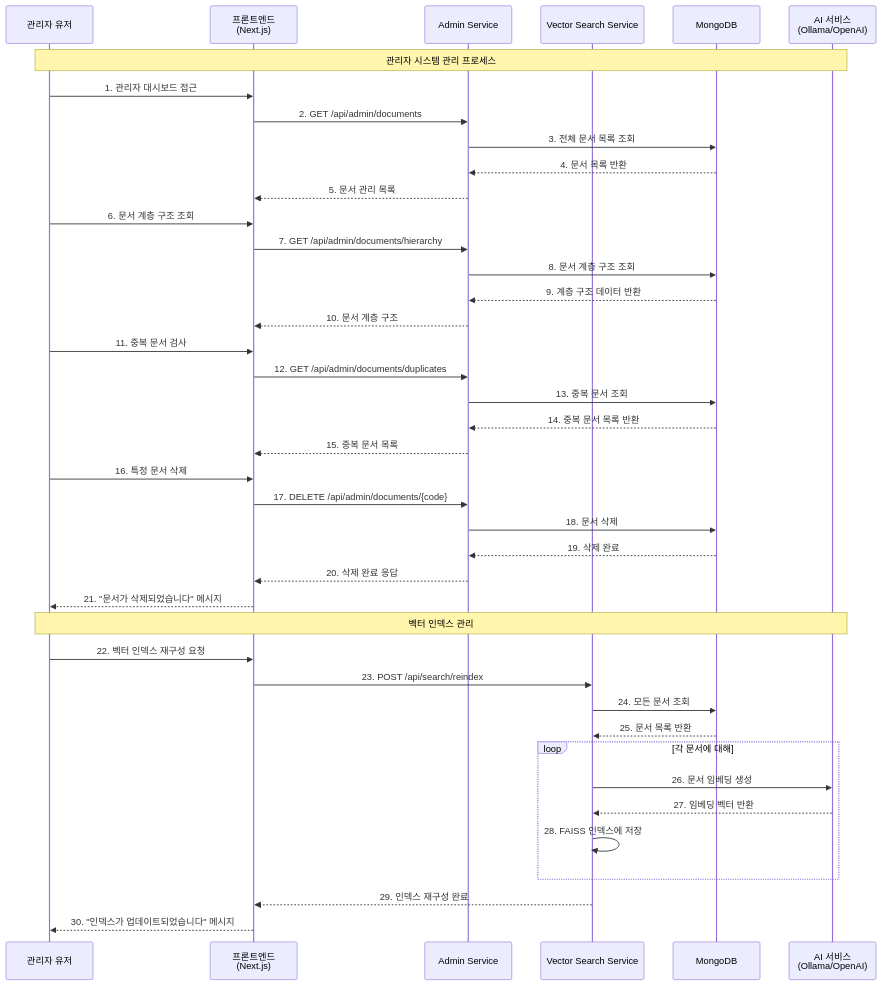
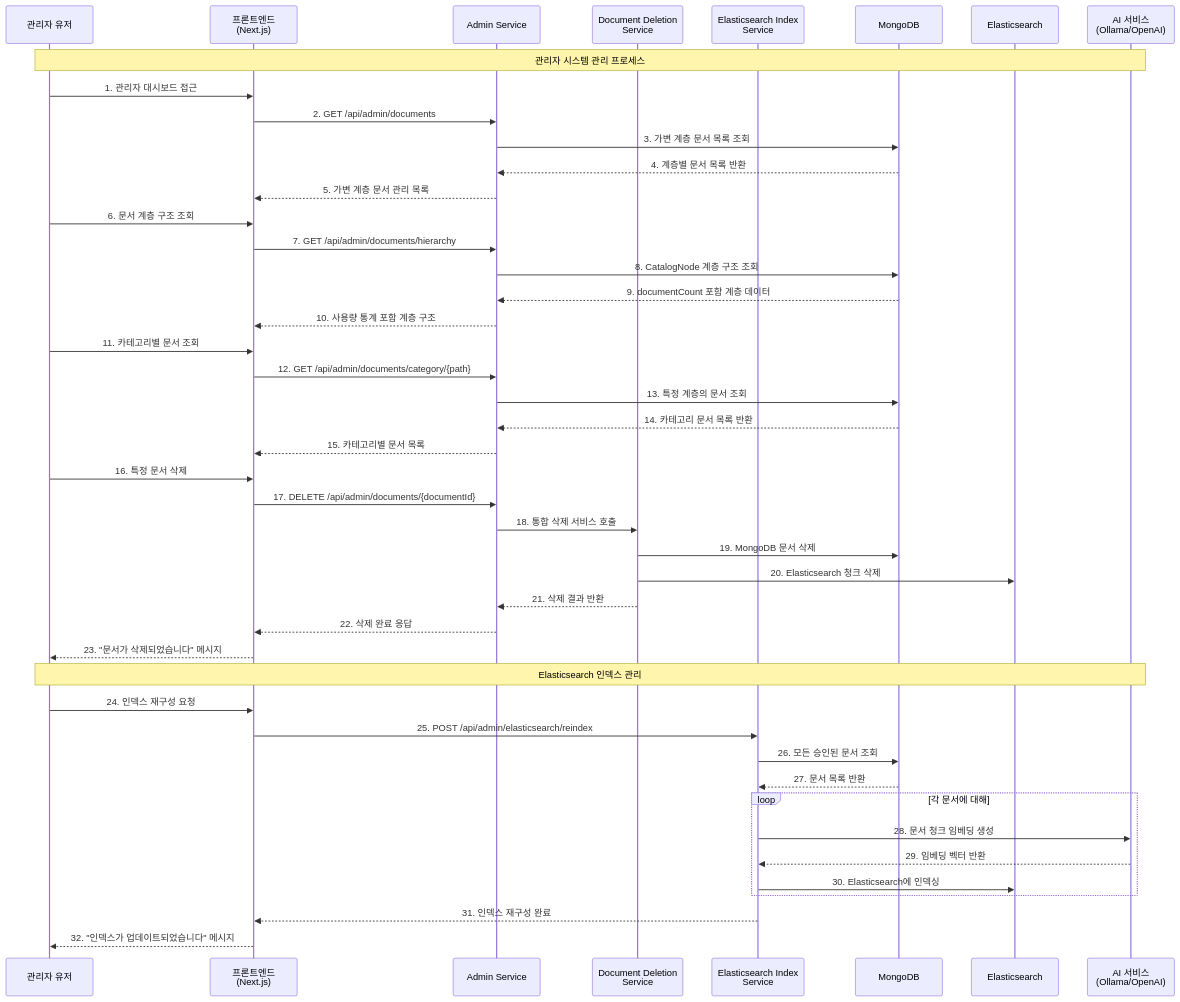
Before and after one commit to hadonas/kt-vibe-mdm: the second of 2 diagrams in diagrams/rag-search-sequence.md, drawn with Mermaid. The commit also changed other lines of this file and 7 other files, not shown here.

````diff
--- a/diagrams/rag-search-sequence.md
+++ b/diagrams/rag-search-sequence.md
@@ -63,52 +62,56 @@
 ```mermaid
 sequenceDiagram
     participant A as 관리자 유저
     participant F as 프론트엔드<br/>(Next.js)
     participant AS as Admin Service
-    participant VSS as Vector Search Service
+    participant DDS as Document Deletion<br/>Service
+    participant EIS as Elasticsearch Index<br/>Service
     participant M as MongoDB
+    participant E as Elasticsearch
     participant AI as AI 서비스<br/>(Ollama/OpenAI)
 
     Note over A,AI: 관리자 시스템 관리 프로세스
 
     A->>F: 1. 관리자 대시보드 접근
     F->>AS: 2. GET /api/admin/documents
-    AS->>M: 3. 전체 문서 목록 조회
-    M-->>AS: 4. 문서 목록 반환
-    AS-->>F: 5. 문서 관리 목록
+    AS->>M: 3. 가변 계층 문서 목록 조회
+    M-->>AS: 4. 계층별 문서 목록 반환
+    AS-->>F: 5. 가변 계층 문서 관리 목록
 
     A->>F: 6. 문서 계층 구조 조회
     F->>AS: 7. GET /api/admin/documents/hierarchy
-    AS->>M: 8. 문서 계층 구조 조회
-    M-->>AS: 9. 계층 구조 데이터 반환
-    AS-->>F: 10. 문서 계층 구조
+    AS->>M: 8. CatalogNode 계층 구조 조회
+    M-->>AS: 9. documentCount 포함 계층 데이터
+    AS-->>F: 10. 사용량 통계 포함 계층 구조
 
-    A->>F: 11. 중복 문서 검사
-    F->>AS: 12. GET /api/admin/documents/duplicates
-    AS->>M: 13. 중복 문서 조회
-    M-->>AS: 14. 중복 문서 목록 반환
-    AS-->>F: 15. 중복 문서 목록
+    A->>F: 11. 카테고리별 문서 조회
+    F->>AS: 12. GET /api/admin/documents/category/{path}
+    AS->>M: 13. 특정 계층의 문서 조회
+    M-->>AS: 14. 카테고리 문서 목록 반환
+    AS-->>F: 15. 카테고리별 문서 목록
 
     A->>F: 16. 특정 문서 삭제
-    F->>AS: 17. DELETE /api/admin/documents/{code}
-    AS->>M: 18. 문서 삭제
-    M-->>AS: 19. 삭제 완료
-    AS-->>F: 20. 삭제 완료 응답
-    F-->>A: 21. "문서가 삭제되었습니다" 메시지
+    F->>AS: 17. DELETE /api/admin/documents/{documentId}
+    AS->>DDS: 18. 통합 삭제 서비스 호출
+    DDS->>M: 19. MongoDB 문서 삭제
+    DDS->>E: 20. Elasticsearch 청크 삭제
+    DDS-->>AS: 21. 삭제 결과 반환
+    AS-->>F: 22. 삭제 완료 응답
+    F-->>A: 23. "문서가 삭제되었습니다" 메시지
 
-    Note over A,AI: 벡터 인덱스 관리
+    Note over A,AI: Elasticsearch 인덱스 관리
 
-    A->>F: 22. 벡터 인덱스 재구성 요청
-    F->>VSS: 23. POST /api/search/reindex
-    VSS->>M: 24. 모든 문서 조회
-    M-->>VSS: 25. 문서 목록 반환
+    A->>F: 24. 인덱스 재구성 요청
+    F->>EIS: 25. POST /api/admin/elasticsearch/reindex
+    EIS->>M: 26. 모든 승인된 문서 조회
+    M-->>EIS: 27. 문서 목록 반환
 
     loop 각 문서에 대해
-        VSS->>AI: 26. 문서 임베딩 생성
-        AI-->>VSS: 27. 임베딩 벡터 반환
-        VSS->>VSS: 28. FAISS 인덱스에 저장
+        EIS->>AI: 28. 문서 청크 임베딩 생성
+        AI-->>EIS: 29. 임베딩 벡터 반환
+        EIS->>E: 30. Elasticsearch에 인덱싱
     end
 
-    VSS-->>F: 29. 인덱스 재구성 완료
-    F-->>A: 30. "인덱스가 업데이트되었습니다" 메시지
+    EIS-->>F: 31. 인덱스 재구성 완료
+    F-->>A: 32. "인덱스가 업데이트되었습니다" 메시지
 ```
````
